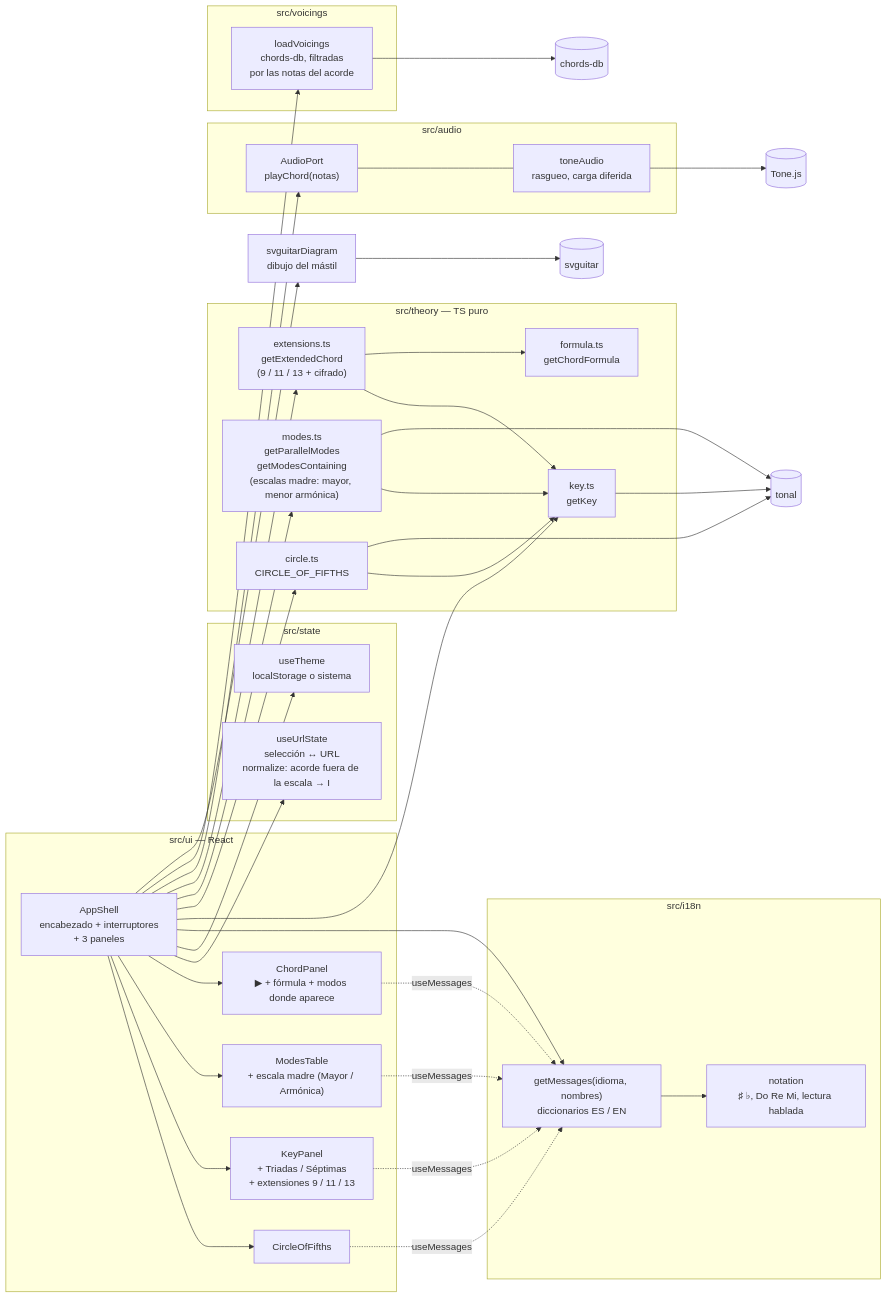
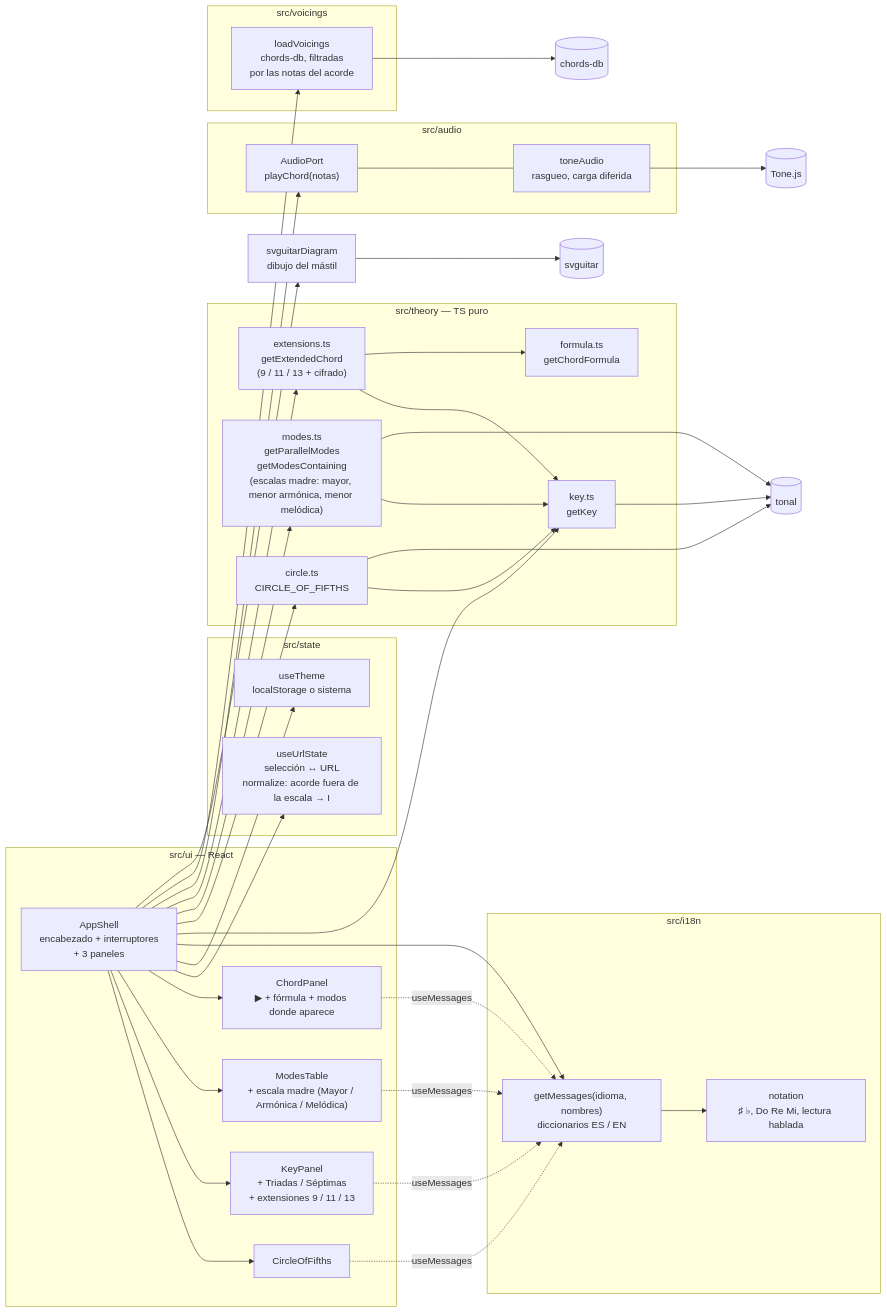
One commit to AndresPampa/cheetsheet-guitar changed the first of 2 diagrams in README.md. Above: the diagram before and after it, drawn with Mermaid. The commit also changed other lines of this file and 8 other files, not shown here.

First line of the commit message:
feat: v2.0 slice 2 — menor melódica como tercera escala madre

````diff
--- a/README.md
+++ b/README.md
@@ -80,62 +83,62 @@
 ```mermaid
 flowchart LR
     subgraph ui["src/ui — React"]
         KE["AppShell<br/>encabezado + interruptores<br/>+ 3 paneles"]
         COF["CircleOfFifths"]
         KP["KeyPanel<br/>+ Triadas / Séptimas<br/>+ extensiones 9 / 11 / 13"]
-        MT["ModesTable<br/>+ escala madre (Mayor / Armónica)"]
+        MT["ModesTable<br/>+ escala madre (Mayor / Armónica / Melódica)"]
         CP["ChordPanel<br/>▶ + fórmula + modos donde aparece"]
         KE --> COF & KP & MT & CP
     end
 
     subgraph state["src/state"]
         URL["useUrlState<br/>selección ↔ URL<br/>normalize: acorde fuera de la escala → I"]
         THEME["useTheme<br/>localStorage o sistema"]
     end
 
     subgraph i18n["src/i18n"]
         MSG["getMessages(idioma, nombres)<br/>diccionarios ES / EN"]
         NOT["notation<br/>♯ ♭, Do Re Mi, lectura hablada"]
         MSG --> NOT
     end
 
     KE --> URL & THEME & MSG
     COF & KP & MT & CP -.->|useMessages| MSG
 
     subgraph theory["src/theory — TS puro"]
         KEY["key.ts<br/>getKey"]
-        MOD["modes.ts<br/>getParallelModes<br/>getModesContaining<br/>(escalas madre: mayor, menor armónica)"]
+        MOD["modes.ts<br/>getParallelModes<br/>getModesContaining<br/>(escalas madre: mayor, menor armónica, menor melódica)"]
         CIR["circle.ts<br/>CIRCLE_OF_FIFTHS"]
         EXT["extensions.ts<br/>getExtendedChord<br/>(9 / 11 / 13 + cifrado)"]
         FOR["formula.ts<br/>getChordFormula"]
         MOD --> KEY
         CIR --> KEY
         EXT --> KEY & FOR
     end
 
     subgraph audio["src/audio"]
         PORT["AudioPort<br/>playChord(notas)"]
         TONEA["toneAudio<br/>rasgueo, carga diferida"]
         PORT --- TONEA
     end
 
     TONAL[("tonal")]
     TONEJS[("Tone.js")]
 
     KE --> KEY & CIR & MOD & EXT
     KE --> PORT
     TONEA --> TONEJS
     KEY & MOD & CIR --> TONAL
 
     subgraph voicings["src/voicings"]
         LV["loadVoicings<br/>chords-db, filtradas<br/>por las notas del acorde"]
     end
 
     DRAW["svguitarDiagram<br/>dibujo del mástil"]
     CHORDSDB[("chords-db")]
     SVGUITAR[("svguitar")]
 
     KE --> LV & DRAW
     LV --> CHORDSDB
     DRAW --> SVGUITAR
 ```
````
